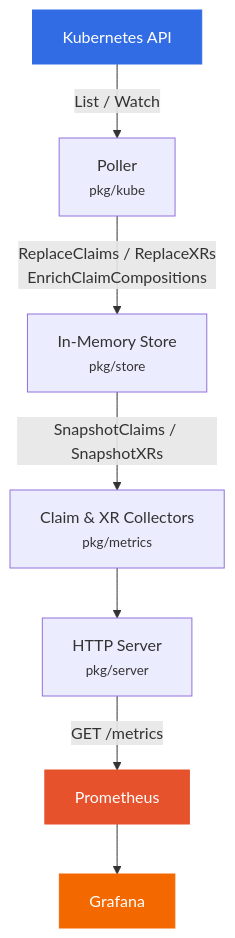
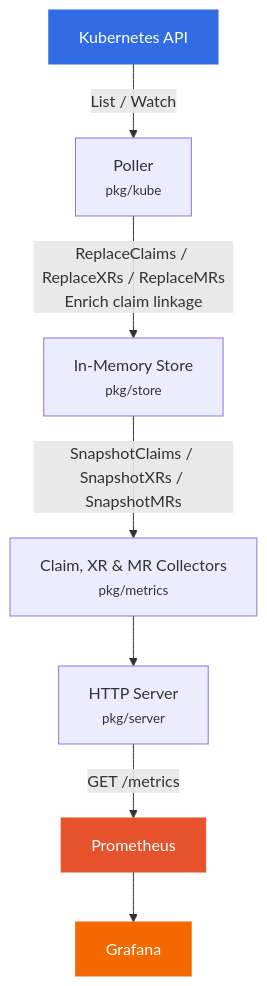
The diagram in docs/index.md (kanzifucius/xp-tracker), drawn with Mermaid before and after one commit. The commit also changed other lines of this file and 5 other files, not shown here.

````diff
--- a/docs/index.md
+++ b/docs/index.md
@@ -79,13 +81,13 @@
 ```mermaid
 graph TD
     A[Kubernetes API] -->|List / Watch| B[Poller<br/><small>pkg/kube</small>]
-    B -->|ReplaceClaims / ReplaceXRs<br/>EnrichClaimCompositions| C[In-Memory Store<br/><small>pkg/store</small>]
-    C -->|SnapshotClaims / SnapshotXRs| D[Claim & XR Collectors<br/><small>pkg/metrics</small>]
+    B -->|ReplaceClaims / ReplaceXRs / ReplaceMRs<br/>Enrich claim linkage| C[In-Memory Store<br/><small>pkg/store</small>]
+    C -->|SnapshotClaims / SnapshotXRs / SnapshotMRs| D[Claim, XR & MR Collectors<br/><small>pkg/metrics</small>]
     D --> E[HTTP Server<br/><small>pkg/server</small>]
     E -->|GET /metrics| F[Prometheus]
     F --> H[Grafana]
 
     style A fill:#326CE5,color:#fff,stroke:#326CE5
     style F fill:#E6522C,color:#fff,stroke:#E6522C
     style H fill:#F46800,color:#fff,stroke:#F46800
 ```
````
